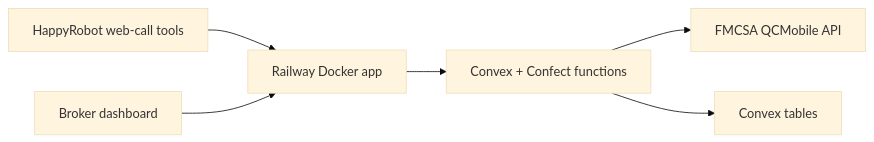
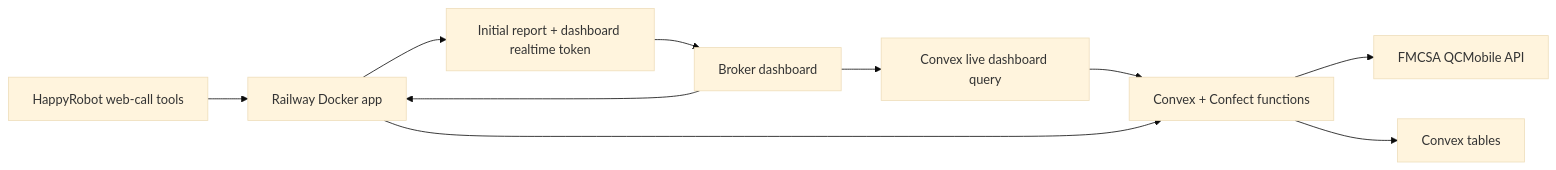
One commit to nabilfatih/happyrobot changed the diagram in docs/acme-logistics-build.md. Above: the diagram before and after it, drawn with Mermaid (base theme). The commit also changed other lines of this file and 16 other files, not shown here.

Commit message:
Add Convex realtime dashboard

````diff
--- a/docs/acme-logistics-build.md
+++ b/docs/acme-logistics-build.md
@@ -20,8 +21,12 @@
 ```mermaid
 flowchart LR
   HR["HappyRobot web-call tools"] --> API["Railway Docker app"]
   Browser["Broker dashboard"] --> API
+  API --> BrowserToken["Initial report + dashboard realtime token"]
+  BrowserToken --> Browser
+  Browser --> Live["Convex live dashboard query"]
+  Live --> Convex
   API --> Convex["Convex + Confect functions"]
   Convex --> FMCSA["FMCSA QCMobile API"]
   Convex --> Store["Convex tables"]
 ```
````
